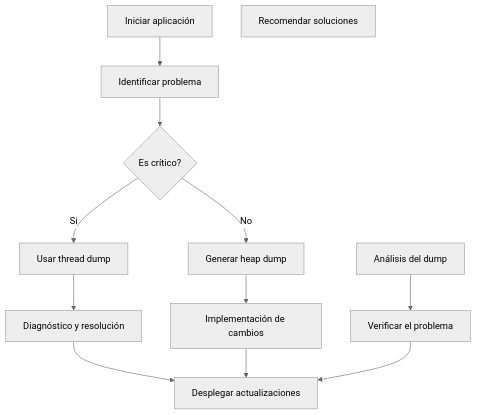
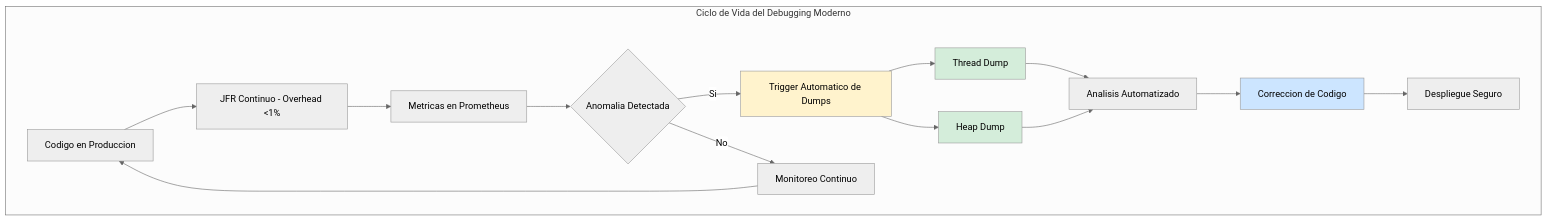
Before and after one commit to Joaquinriosheredia/DAM-Java-Mastery: the first of 3 diagrams in _Review/debugging_en_produccion_thread_dumps_heap_dumps/debugging_en_produccion_thread_dumps_heap_dumps.md, drawn with Mermaid (neutral theme). The commit also changed other lines of this file, not shown here.

Commit message:
debugging_en_produccion_thread_dumps_heap_dumps.md

````diff
--- a/_Review/debugging_en_produccion_thread_dumps_heap_dumps/debugging_en_produccion_thread_dumps_heap_dumps.md
+++ b/_Review/debugging_en_produccion_thread_dumps_heap_dumps/debugging_en_produccion_thread_dumps_heap_dumps.md
@@ -77,16 +67,24 @@
 ```mermaid
 graph TD
-    A[Iniciar aplicación] --> B[Identificar problema]
-    B --> C{Es crítico?}
-    C -- Sí --> D[Usar thread dump]
-    C -- No --> E[Generar heap dump]
-    F[Análisis del dump]
-    G[Recomendar soluciones]
-    D --> H[Diagnóstico y resolución]
-    E --> I[Implementación de cambios]
-    F --> J[Verificar el problema]
-    K[Desplegar actualizaciones]
-    H --> K
-    I --> K
-    J --> K
+    subgraph "Ciclo de Vida del Debugging Moderno"
+        CODE[Codigo en Produccion] --> JFR[JFR Continuo - Overhead <1%]
+        JFR --> METRICS[Metricas en Prometheus]
+        METRICS --> ALERT{Anomalia Detectada}
+        
+        ALERT -->|Si| TRIGGER[Trigger Automatico de Dumps]
+        TRIGGER --> THREAD[Thread Dump]
+        TRIGGER --> HEAP[Heap Dump]
+        THREAD --> ANALYSIS[Analisis Automatizado]
+        HEAP --> ANALYSIS
+        ANALYSIS --> FIX[Correccion de Codigo]
+        FIX --> DEPLOY[Despliegue Seguro]
+        
+        ALERT -->|No| MON[Monitoreo Continuo]
+        MON --> CODE
+    end
+    
+    style TRIGGER fill:#fff3cd
+    style THREAD fill:#d4edda
+    style HEAP fill:#d4edda
+    style FIX fill:#cce5ff
 ```
````
